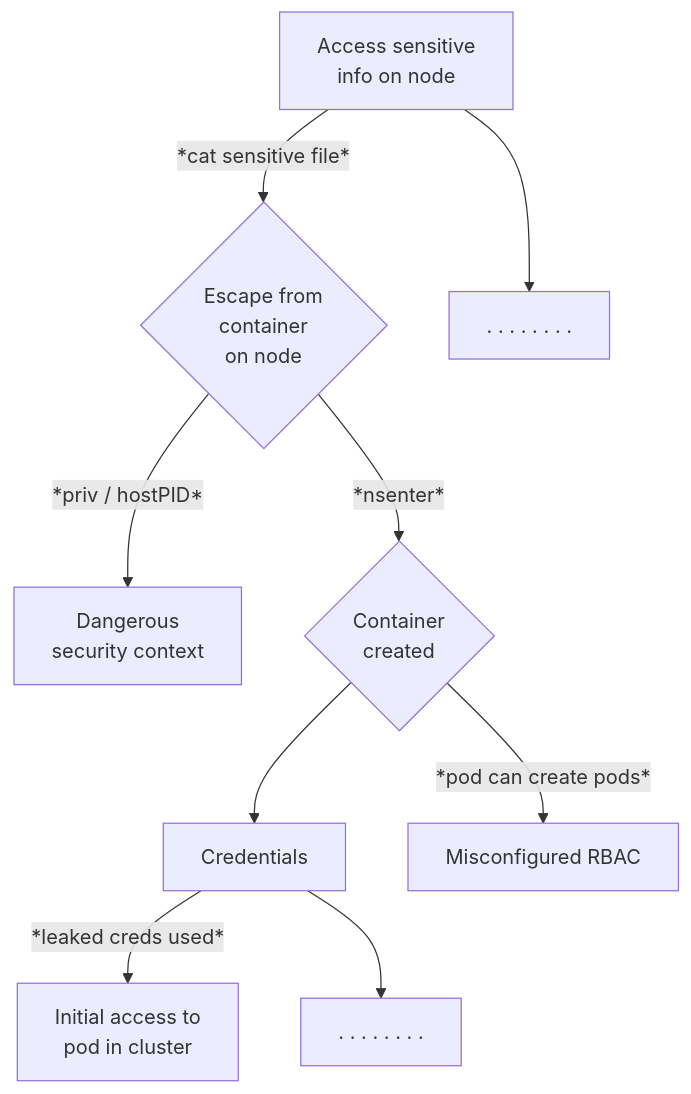
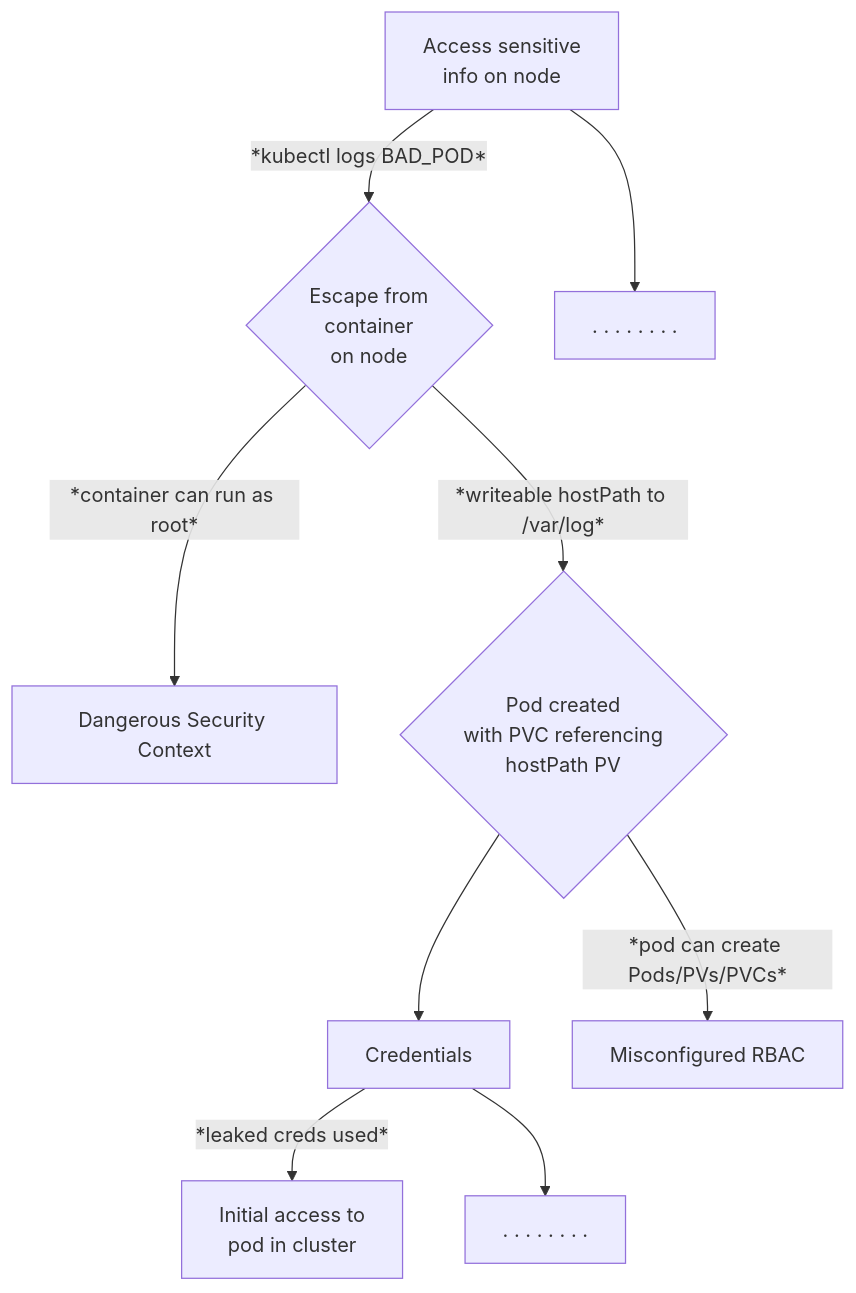
The diagram in README.md (k8sstormcenter/honeycluster), drawn with Mermaid before and after one commit. The commit also changed other lines of this file and 10 other files, not shown here.

Commit message:
feat: add hostPath PV scenario

````diff
--- a/README.md
+++ b/README.md
@@ -5,11 +7,11 @@
 ```mermaid
 flowchart TD
-    A[Access sensitive \ninfo on node] --> |*cat sensitive file*| B{Escape from \ncontainer \non node}
+    A[Access sensitive \ninfo on node] --> |*kubectl logs BAD_POD*| B{Escape from \ncontainer \non node}
     A --> more1[. . . . . . . .]
-    B -->|*priv / hostPID*| C[Dangerous \nsecurity context]
-    B --> |*nsenter*| D{Container \ncreated}
+    B -->|*container can run as root*| C[Dangerous Security Context]
+    B --> |*writeable hostPath to /var/log*| D{Pod created \nwith PVC referencing \nhostPath PV}
     D --> E[Credentials] 
-    D --> |*pod can create pods*| F[Misconfigured RBAC]
+    D --> |*pod can create Pods/PVs/PVCs*| F[Misconfigured RBAC]
     E --> |*leaked creds used*| G[Initial access to \npod in cluster]
     E --> more2[. . . . . . . .]
 ```
````
